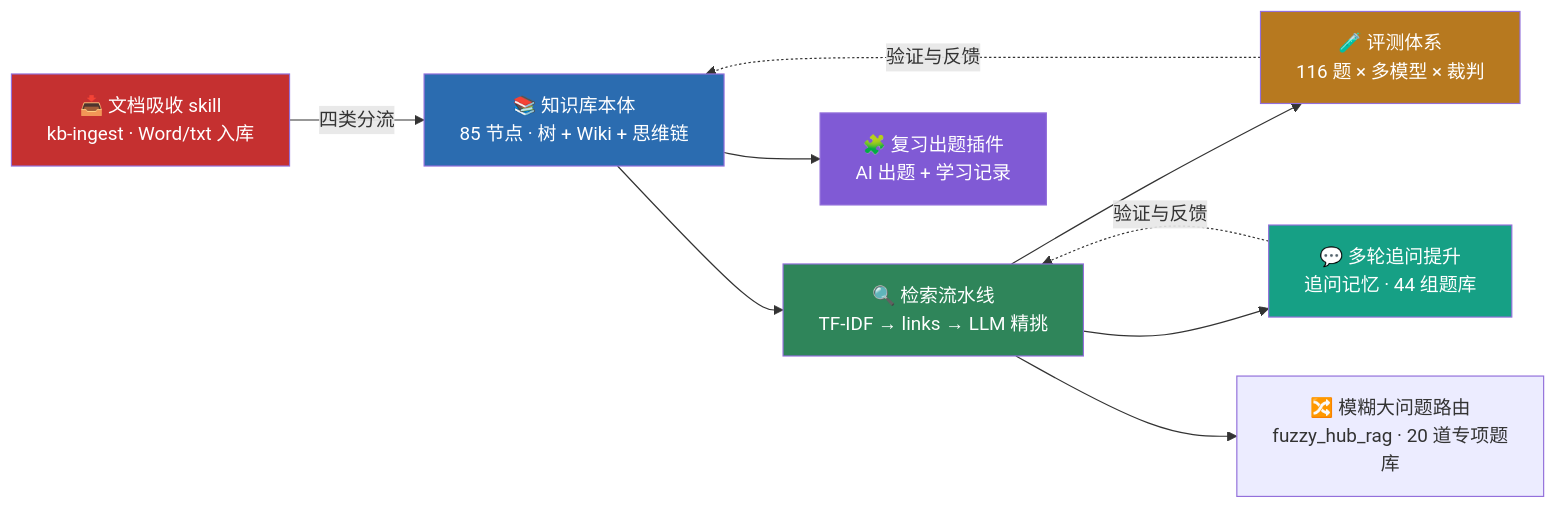
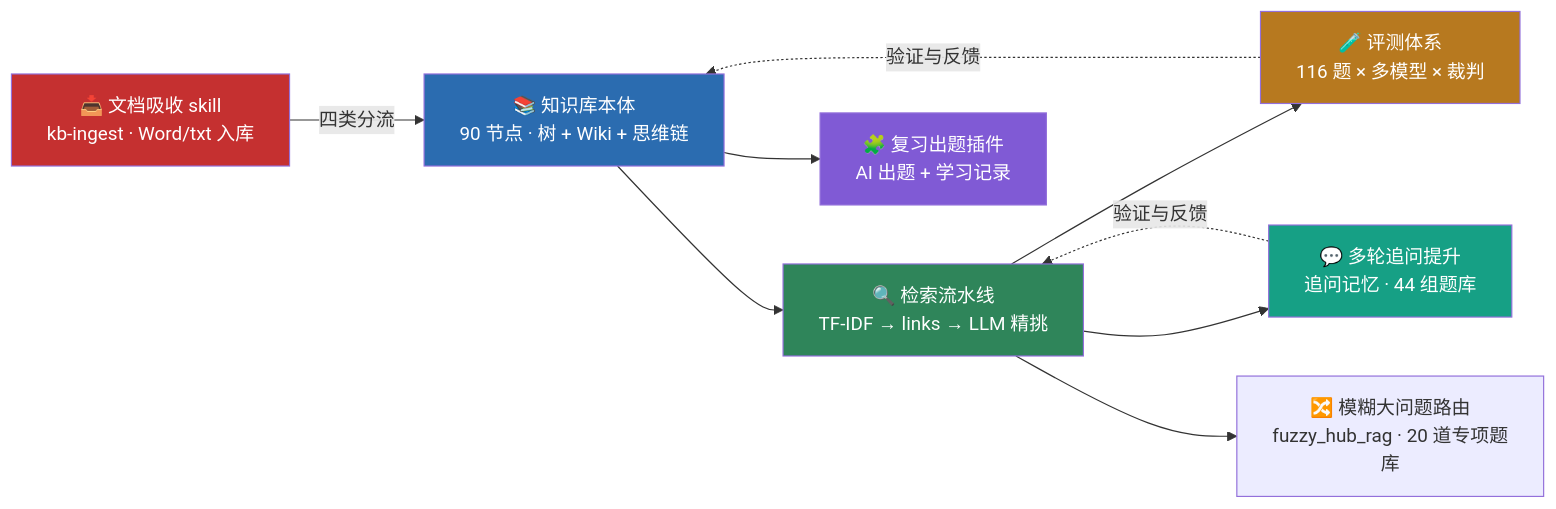
One commit to Baixiaodou/comm-knowledge-graph changed the first of 12 diagrams in README.md. Above: the diagram before and after it, drawn with Mermaid. The commit also changed other lines of this file, not shown here.

````diff
--- a/README.md
+++ b/README.md
@@ -57,18 +57,18 @@
 ```mermaid
 flowchart LR
-    A["📚 知识库本体<br/>85 节点 · 树 + Wiki + 思维链"] --> B["🔍 检索流水线<br/>TF-IDF → links → LLM 精挑"]
+    A["📚 知识库本体<br/>90 节点 · 树 + Wiki + 思维链"] --> B["🔍 检索流水线<br/>TF-IDF → links → LLM 精挑"]
     B --> C["🧪 评测体系<br/>116 题 × 多模型 × 裁判"]
     A --> D["🧩 复习出题插件<br/>AI 出题 + 学习记录"]
     B --> E["💬 多轮追问提升<br/>追问记忆 · 44 组题库"]
     E -.->|验证与反馈| B
     B --> F["🔀 模糊大问题路由<br/>fuzzy_hub_rag · 20 道专项题库"]
     G["📥 文档吸收 skill<br/>kb-ingest · Word/txt 入库"] -->|四类分流| A
     C -.->|验证与反馈| A
 
     style A fill:#2b6cb0,color:#fff
     style B fill:#2f855a,color:#fff
     style C fill:#b7791f,color:#fff
     style D fill:#805ad5,color:#fff
     style E fill:#16a085,color:#fff
     style G fill:#c53030,color:#fff
 ```
````
